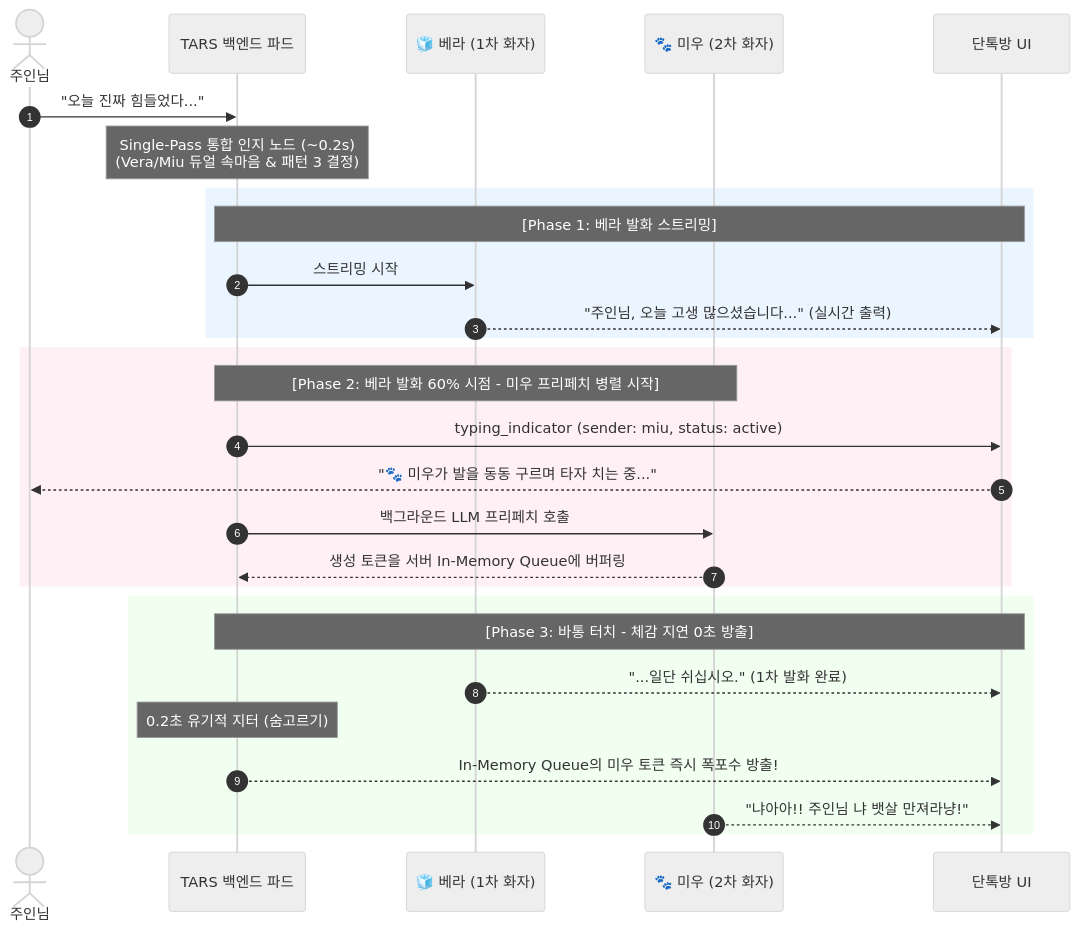
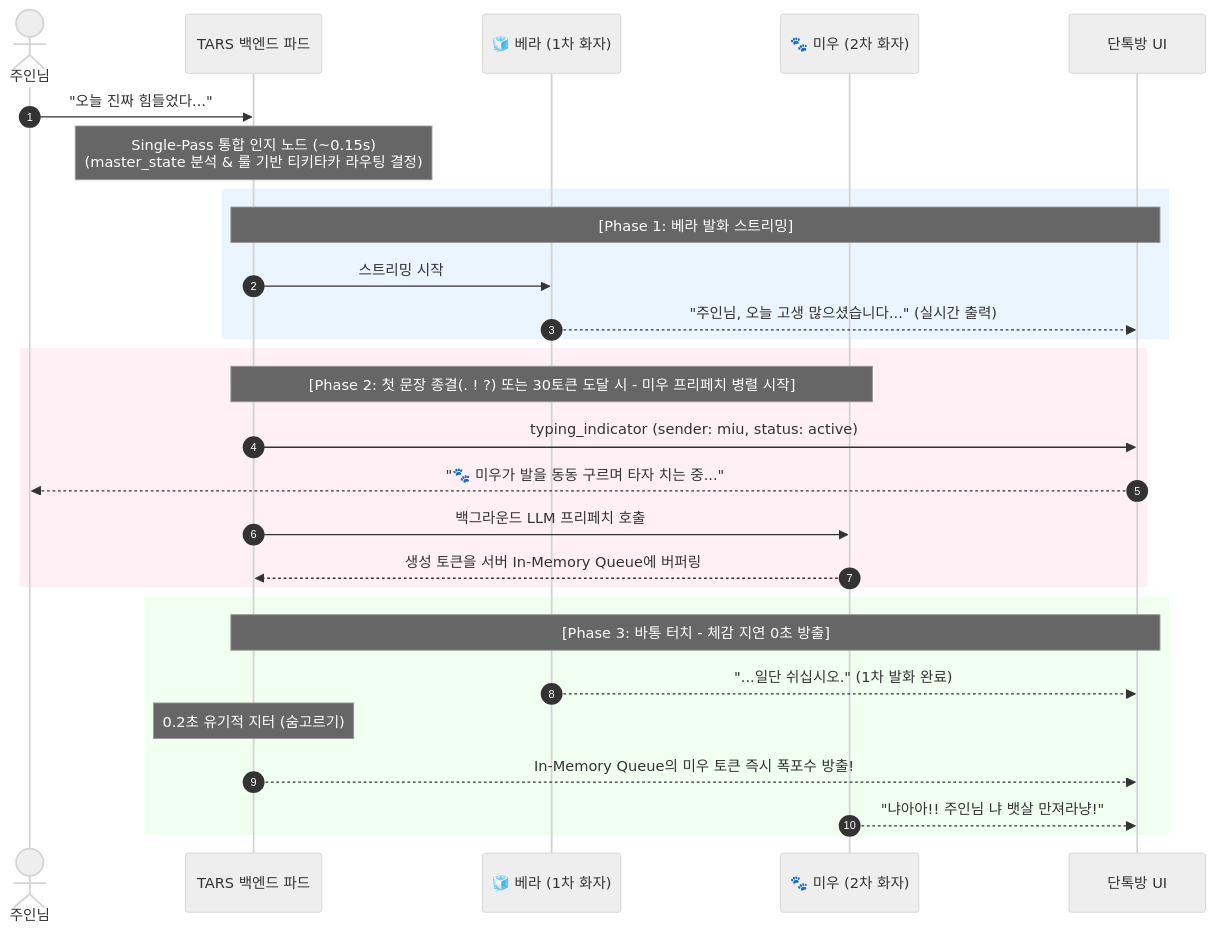
One commit to rujino/TARS changed the second of 3 diagrams in docs/COGNITIVE_COMPANION_PLAN_PART3.md. Above: the diagram before and after it, drawn with Mermaid (neutral theme). The commit also changed other lines of this file and 80 other files, not shown here.

````diff
--- a/docs/COGNITIVE_COMPANION_PLAN_PART3.md
+++ b/docs/COGNITIVE_COMPANION_PLAN_PART3.md
@@ -84,34 +84,34 @@
 ```mermaid
 sequenceDiagram
     autonumber
     actor Master as 주인님
     participant Server as TARS 백엔드 파드
     participant Vera as 🧊 베라 (1차 화자)
     participant Miu as 🐾 미우 (2차 화자)
     participant Client as 단톡방 UI
 
     Master->>Server: "오늘 진짜 힘들었다..."
-    Note over Server: Single-Pass 통합 인지 노드 (~0.2s)<br/>(Vera/Miu 듀얼 속마음 & 패턴 3 결정)
+    Note over Server: Single-Pass 통합 인지 노드 (~0.15s)<br/>(master_state 분석 & 룰 기반 티키타카 라우팅 결정)
 
     rect rgb(235, 245, 255)
         Note over Server,Client: [Phase 1: 베라 발화 스트리밍]
         Server->>Vera: 스트리밍 시작
         Vera-->>Client: "주인님, 오늘 고생 많으셨습니다..." (실시간 출력)
     end
 
     rect rgb(255, 240, 245)
-        Note over Server,Miu: [Phase 2: 베라 발화 60% 시점 - 미우 프리페치 병렬 시작]
+        Note over Server,Miu: [Phase 2: 첫 문장 종결(. ! ?) 또는 30토큰 도달 시 - 미우 프리페치 병렬 시작]
         Server->>Client: typing_indicator (sender: miu, status: active)
         Client-->>Master: "🐾 미우가 발을 동동 구르며 타자 치는 중..."
         Server->>Miu: 백그라운드 LLM 프리페치 호출
         Miu-->>Server: 생성 토큰을 서버 In-Memory Queue에 버퍼링
     end
 
     rect rgb(240, 255, 240)
         Note over Server,Client: [Phase 3: 바통 터치 - 체감 지연 0초 방출]
         Vera-->>Client: "...일단 쉬십시오." (1차 발화 완료)
         Note over Server: 0.2초 유기적 지터 (숨고르기)
         Server-->>Client: In-Memory Queue의 미우 토큰 즉시 폭포수 방출!
         Miu-->>Client: "냐아아!! 주인님 냐 뱃살 만져라냥!"
     end
 ```
````
